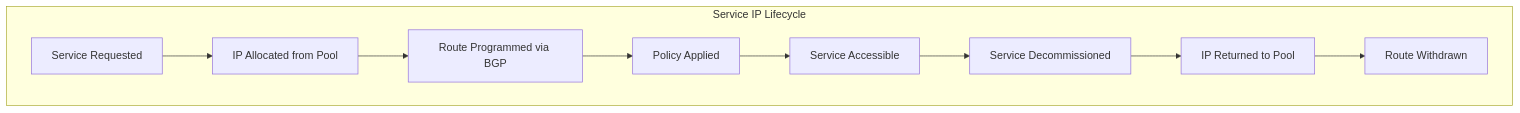
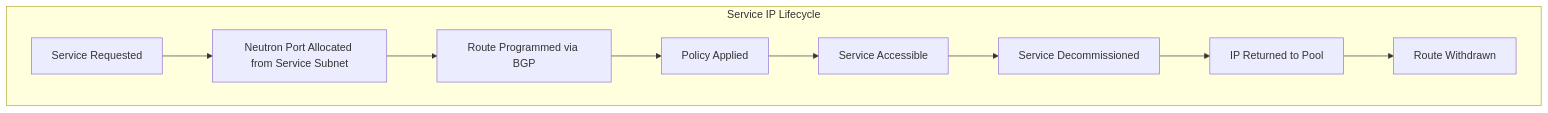
Before and after one commit to OneUptime/blog: the diagram in posts/2026-03-14-document-openstack-service-ips-calico/README.md, drawn with Mermaid. The commit also changed other lines of this file and 2 other files, not shown here.

Commit message:
validate: 2026-03-14-document-openstack-service-ips-calico

````diff
--- a/posts/2026-03-14-document-openstack-service-ips-calico/README.md
+++ b/posts/2026-03-14-document-openstack-service-ips-calico/README.md
@@ -28,12 +28,12 @@
 ```mermaid
 graph TD
     subgraph "Service IP Lifecycle"
-        A[Service Requested] --> B[IP Allocated from Pool]
+        A[Service Requested] --> B[Neutron Port Allocated from Service Subnet]
         B --> C[Route Programmed via BGP]
         C --> D[Policy Applied]
         D --> E[Service Accessible]
         E --> F[Service Decommissioned]
         F --> G[IP Returned to Pool]
         G --> H[Route Withdrawn]
     end
 ```
````
